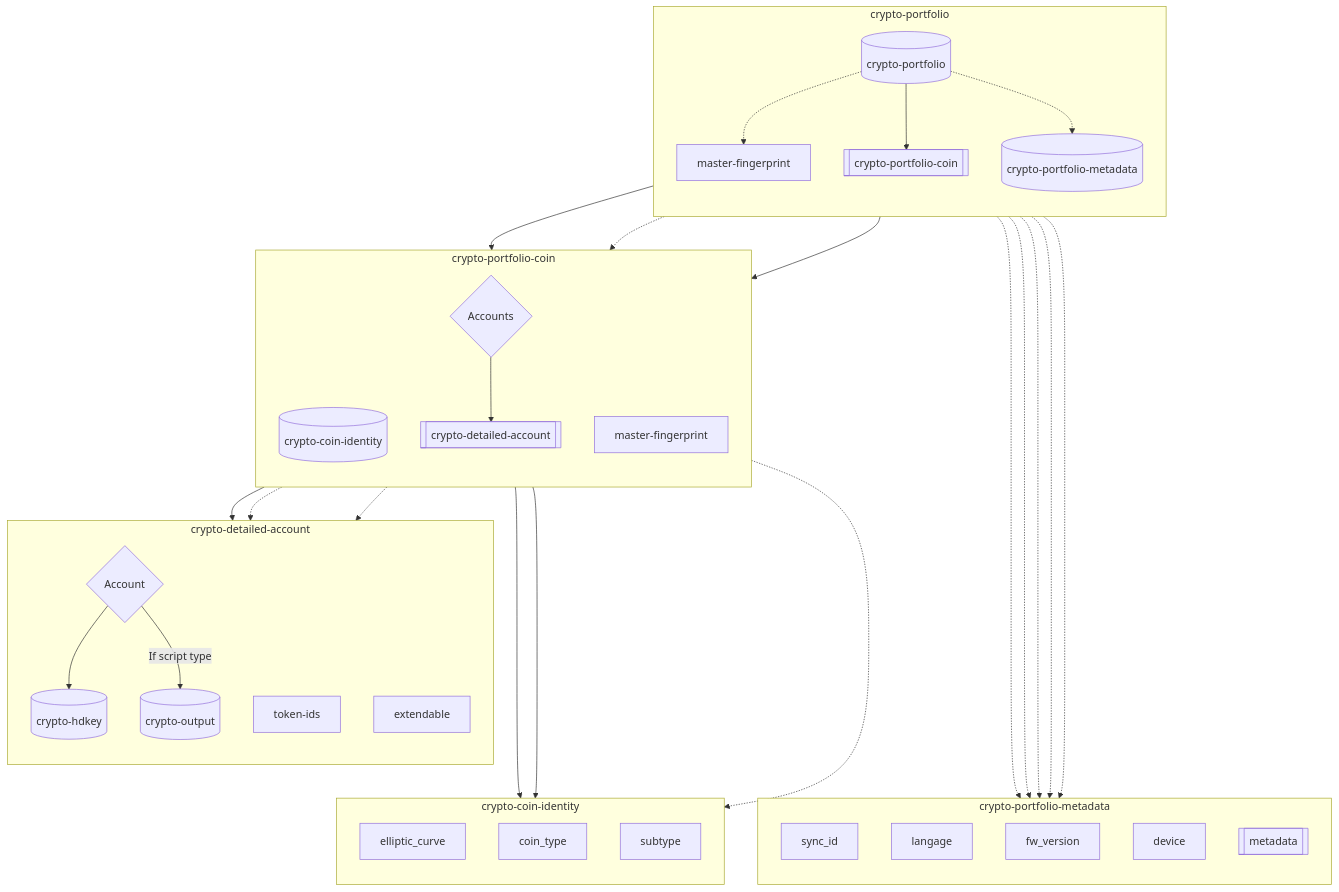
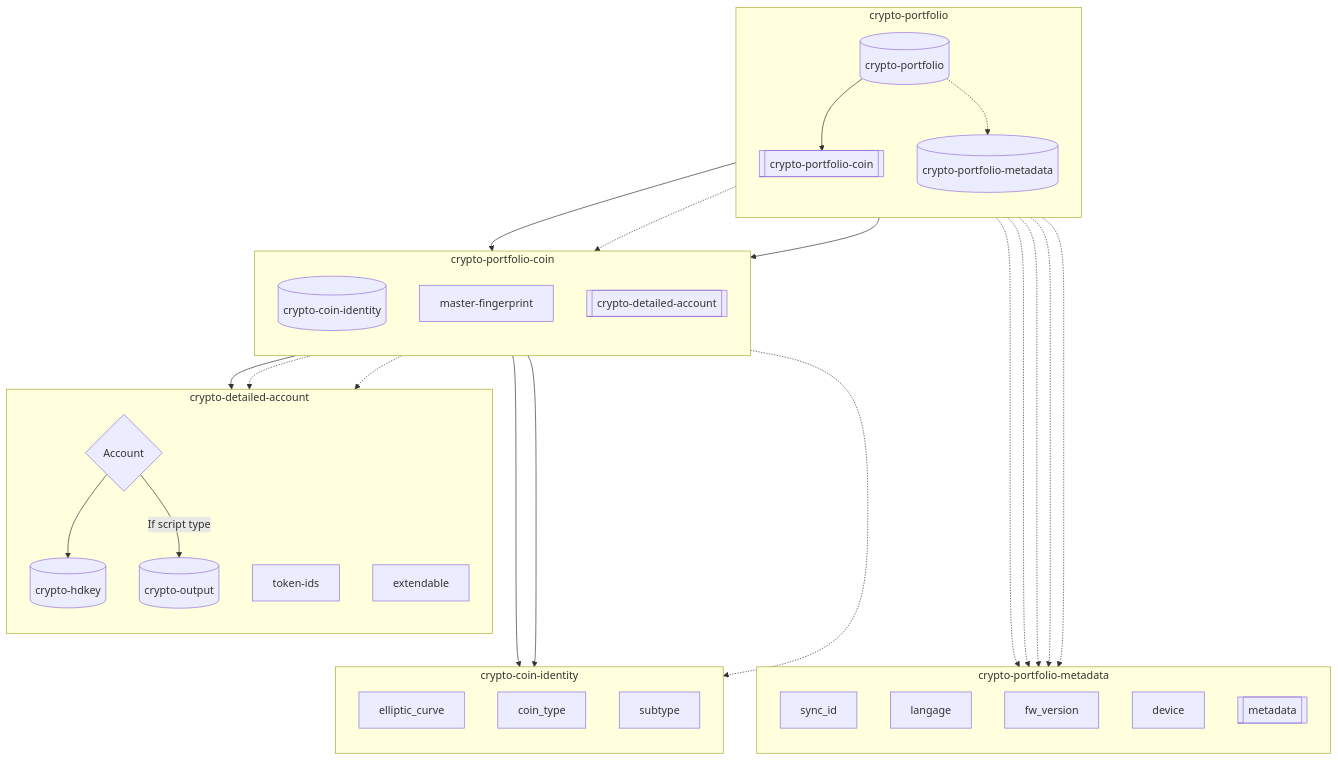
Before and after one commit to ngraveio/Research: the fourth of 4 diagrams in papers/nbcr-2023-002-multi-layer-sync.md, drawn with Mermaid. The commit also changed other lines of this file, not shown here.

Commit message:
Sync: Remove master-fingerprint from crypto-portfolio UR type

````diff
--- a/papers/nbcr-2023-002-multi-layer-sync.md
+++ b/papers/nbcr-2023-002-multi-layer-sync.md
@@ -445,48 +445,46 @@
 ```mermaid
 flowchart TB
 	%% crypto-sync breakdown
 	Sync[(crypto-portfolio)]
 	subgraph crypto-portfolio
-  direction TB
-	Sync -.-> MF1[master-fingerprint]
+    direction TB
 	Sync --> Coins[[crypto-portfolio-coin]]
 	Sync -.-> Meta[(crypto-portfolio-metadata)]
-	end
+    end
 
 	%% crypto-portfolio-metadata breakdown
 	subgraph crypto-portfolio-metadata
-  direction TB
+    direction TB
 	Meta -...-> sync_id
 	Meta -...-> langage
 	Meta -...-> fw_version
 	Meta -...-> device
-  Meta -...-> metadata[[metadata]]
+    Meta -...-> metadata[[metadata]]
 	end
 
 	%% crypto-portfolio-coin breakdown
 	subgraph crypto-portfolio-coin
-  direction TB
+    direction TB
 	Coins --> ID[(crypto-coin-identity)]
-  Coins -.-> MF2[master-fingerprint]
-  Coins --> accs{Accounts}
-	accs --> DetAcc[[crypto-detailed-account]]
-  end
+    Coins -.-> MF2[master-fingerprint]
+	Coins --> DetAcc[[crypto-detailed-account]]
+    end
 
-  %% crypto-detailed-account breakdown
-  subgraph crypto-detailed-account
-  direction TB
-  DetAcc --> key{Account}
+    %% crypto-detailed-account breakdown
+    subgraph crypto-detailed-account
+    direction TB
+    DetAcc --> key{Account}
 	key --> HD[(crypto-hdkey)]
 	key --> |If script type| Out[(crypto-output)]
 	DetAcc -.-> token-ids
-  DetAcc -.-> extendable
+    DetAcc -.-> extendable
 	end
 
 	%% crypto-coin-identity breakdown
 	subgraph crypto-coin-identity
-  direction TB
+    direction TB
 	ID ---> elliptic_curve
 	ID ---> coin_type
 	ID -..-> subtype
 	end
 ```
````
